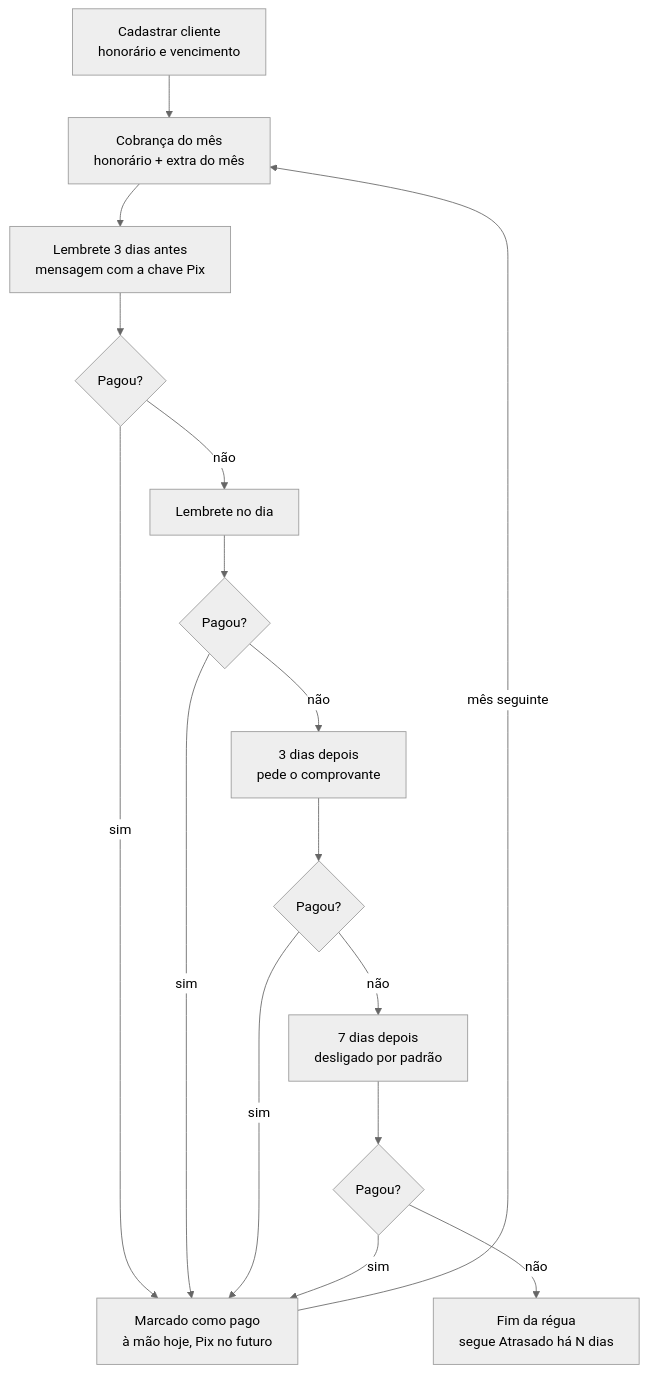
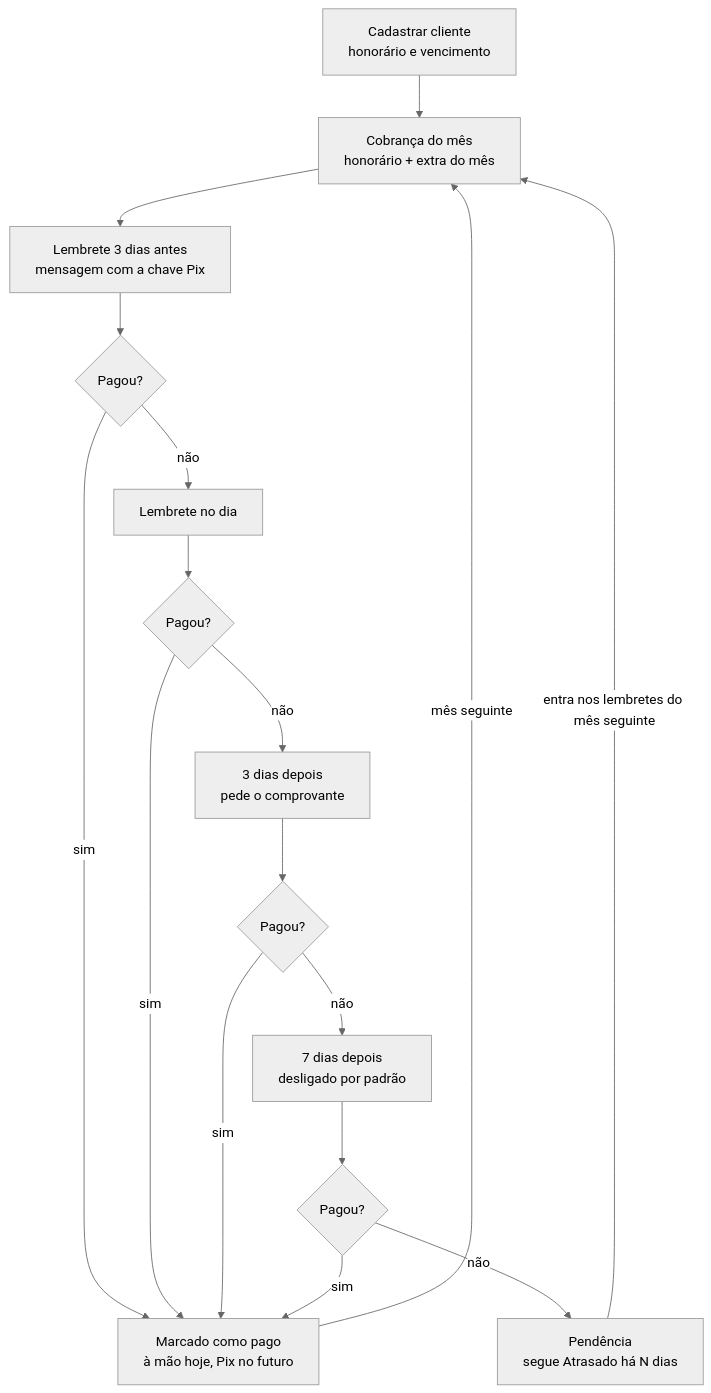
Before and after one commit to 77mdias/neximob: the fourth of 19 diagrams in docs/Mapa de fluxo.md, drawn with Mermaid (neutral theme). The commit also changed other lines of this file and 6 other files, not shown here.

````diff
--- a/docs/Mapa de fluxo.md
+++ b/docs/Mapa de fluxo.md
@@ -117,18 +117,19 @@
 ```mermaid
 flowchart TD
     A["Cadastrar cliente<br/>honorário e vencimento"] --> B["Cobrança do mês<br/>honorário + extra do mês"]
     B --> C["Lembrete 3 dias antes<br/>mensagem com a chave Pix"]
     C --> P1{"Pagou?"}
     P1 -- "sim" --> PAGO["Marcado como pago<br/>à mão hoje, Pix no futuro"]
     P1 -- "não" --> D["Lembrete no dia"]
     D --> P2{"Pagou?"}
     P2 -- "sim" --> PAGO
     P2 -- "não" --> E["3 dias depois<br/>pede o comprovante"]
     E --> P3{"Pagou?"}
     P3 -- "sim" --> PAGO
     P3 -- "não" --> F["7 dias depois<br/>desligado por padrão"]
     F --> P4{"Pagou?"}
     P4 -- "sim" --> PAGO
-    P4 -- "não" --> G["Fim da régua<br/>segue Atrasado há N dias"]
+    P4 -- "não" --> G["Pendência<br/>segue Atrasado há N dias"]
+    G -- "entra nos lembretes do mês seguinte" --> B
     PAGO -- "mês seguinte" --> B
 ```
````
